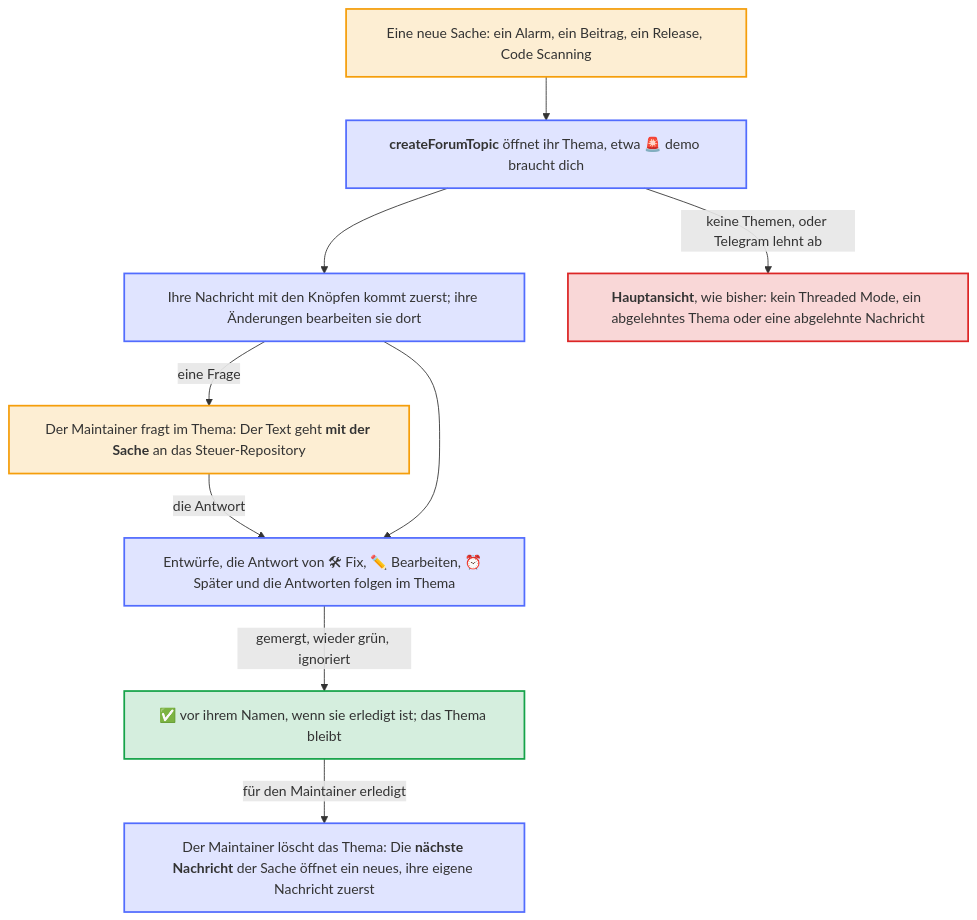
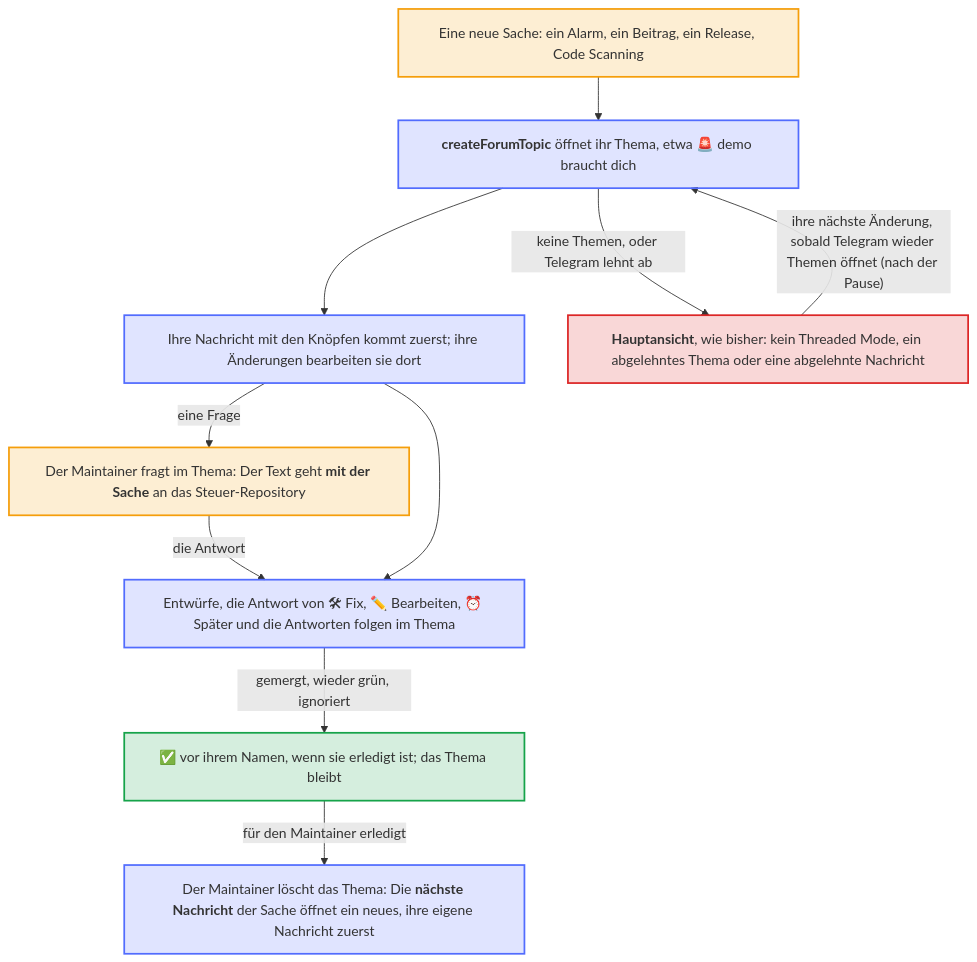
One commit to Dennis-Otto/dennis-otto-pager changed the diagram in docs/diagrams/a-topic-per-thing.de.mmd. Above: the diagram before and after it, drawn with Mermaid. The commit also changed 19 other files, not shown here.

```diff
--- a/docs/diagrams/a-topic-per-thing.de.mmd
+++ b/docs/diagrams/a-topic-per-thing.de.mmd
@@ -1,35 +1,36 @@
 ---
 config:
   flowchart:
     wrappingWidth: 400
 ---
 flowchart TB
     accTitle: Ein Thema pro Sache
-    accDescr: Eine neue Sache, etwa ein Alarm, ein Beitrag oder ein Release, öffnet ein eigenes Thema im Chat, benannt nach ihrem Repository und dem, was sie ist. Ihre Nachricht mit den Knöpfen kommt zuerst, und ihre Änderungen bearbeiten sie dort. Ihre Entwürfe, die Antwort von Fix, die Rückfrage von Bearbeiten, was Später zurückbringt, und die Antworten auf das, was der Maintainer im Thema fragt, folgen darin; seine Frage geht zusammen mit der Sache an das Steuer-Repository. Ist die Sache erledigt, bekommt ihr Thema ein Häkchen vor seinen Namen und bleibt. Löscht der Maintainer das Thema, öffnet die nächste Nachricht der Sache ein neues, mit der Nachricht der Sache zuerst. Ohne Threaded Mode, oder wenn Telegram das Thema oder eine Nachricht darin ablehnt, geht es mit der Sache in der Hauptansicht weiter, wie bisher.
+    accDescr: Eine neue Sache, etwa ein Alarm, ein Beitrag oder ein Release, öffnet ein eigenes Thema im Chat, benannt nach ihrem Repository und dem, was sie ist. Ihre Nachricht mit den Knöpfen kommt zuerst, und ihre Änderungen bearbeiten sie dort. Ihre Entwürfe, die Antwort von Fix, die Rückfrage von Bearbeiten, was Später zurückbringt, und die Antworten auf das, was der Maintainer im Thema fragt, folgen darin; seine Frage geht zusammen mit der Sache an das Steuer-Repository. Ist die Sache erledigt, bekommt ihr Thema ein Häkchen vor seinen Namen und bleibt. Löscht der Maintainer das Thema, öffnet die nächste Nachricht der Sache ein neues, mit der Nachricht der Sache zuerst. Ohne Threaded Mode, oder wenn Telegram das Thema oder eine Nachricht darin ablehnt, geht es mit der Sache in der Hauptansicht weiter, wie bisher. Ein abgelehntes Thema pausiert neue Themen für eine Stunde, doppelt so lange bis zu vier Stunden, und nach der Pause zieht die nächste Änderung einer offenen Sache sie leise in ein eigenes neues Thema.
 
     thing["Eine neue Sache: ein Alarm, ein Beitrag, ein Release, Code Scanning"]
     open["`**createForumTopic** öffnet ihr Thema, etwa 🚨 demo braucht dich`"]
     first["`Ihre Nachricht mit den Knöpfen kommt zuerst; ihre Änderungen bearbeiten sie dort`"]
     ask["`Der Maintainer fragt im Thema: Der Text geht **mit der Sache** an das Steuer-Repository`"]
     more["`Entwürfe, die Antwort von 🛠 Fix, ✏️ Bearbeiten, ⏰ Später und die Antworten folgen im Thema`"]
     done["`**✅** vor ihrem Namen, wenn sie erledigt ist; das Thema bleibt`"]
     gone["`Der Maintainer löscht das Thema: Die **nächste Nachricht** der Sache öffnet ein neues, ihre eigene Nachricht zuerst`"]
     main["`**Hauptansicht**, wie bisher: kein Threaded Mode, ein abgelehntes Thema oder eine abgelehnte Nachricht`"]
 
     thing --> open
     open --> first
     first -- "eine Frage" --> ask
     ask -- "die Antwort" --> more
     first --> more
     more -- "gemergt, wieder grün, ignoriert" --> done
     done -- "für den Maintainer erledigt" --> gone
     open -- "keine Themen, oder Telegram lehnt ab" --> main
+    main -- "ihre nächste Änderung, sobald Telegram wieder Themen öffnet (nach der Pause)" --> open
 
     classDef you fill:#f59e0b2e,stroke:#f59e0b,stroke-width:2px
     classDef bot fill:#526cfe2e,stroke:#526cfe,stroke-width:2px
     classDef done fill:#16a34a2e,stroke:#16a34a,stroke-width:2px
     classDef warn fill:#dc26262e,stroke:#dc2626,stroke-width:2px
     class thing,ask you
     class open,first,more,gone bot
     class done done
     class main warn
```
